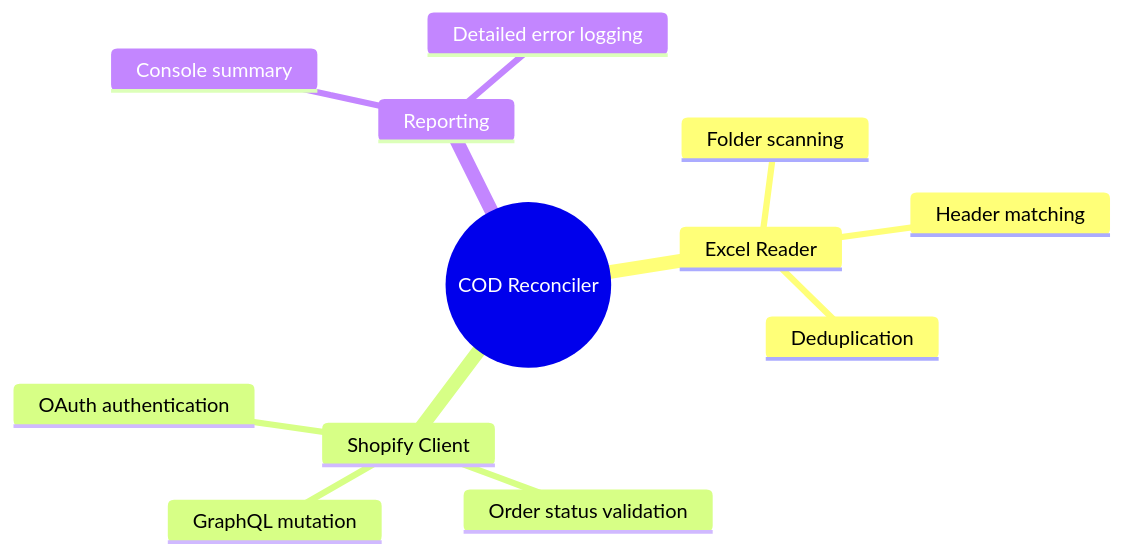
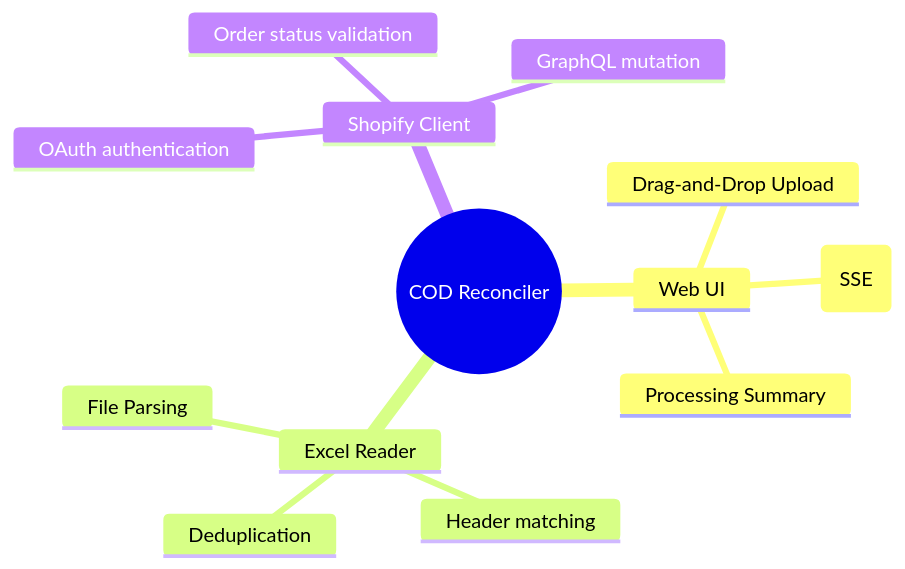
The first of 2 diagrams in docs/OVERVIEW.md (nirav-gajera/shopify-cod-payment-automation), drawn with Mermaid before and after one commit. The commit also changed other lines of this file and 9 other files, not shown here.

````diff
--- a/docs/OVERVIEW.md
+++ b/docs/OVERVIEW.md
@@ -51,15 +51,16 @@
 ```mermaid
 mindmap
   root((COD Reconciler))
+    Web UI
+      Drag-and-Drop Upload
+      Real-time Logs (SSE)
+      Processing Summary
     Excel Reader
-      Folder scanning
+      File Parsing
       Header matching
       Deduplication
     Shopify Client
       OAuth authentication
       Order status validation
       GraphQL mutation
-    Reporting
-      Console summary
-      Detailed error logging
 ```
````
